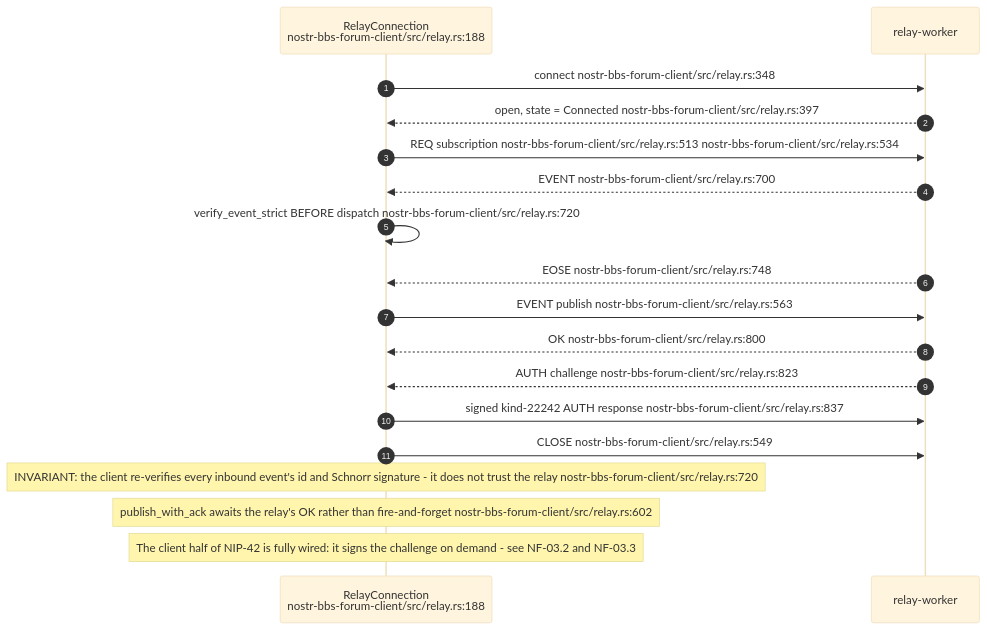
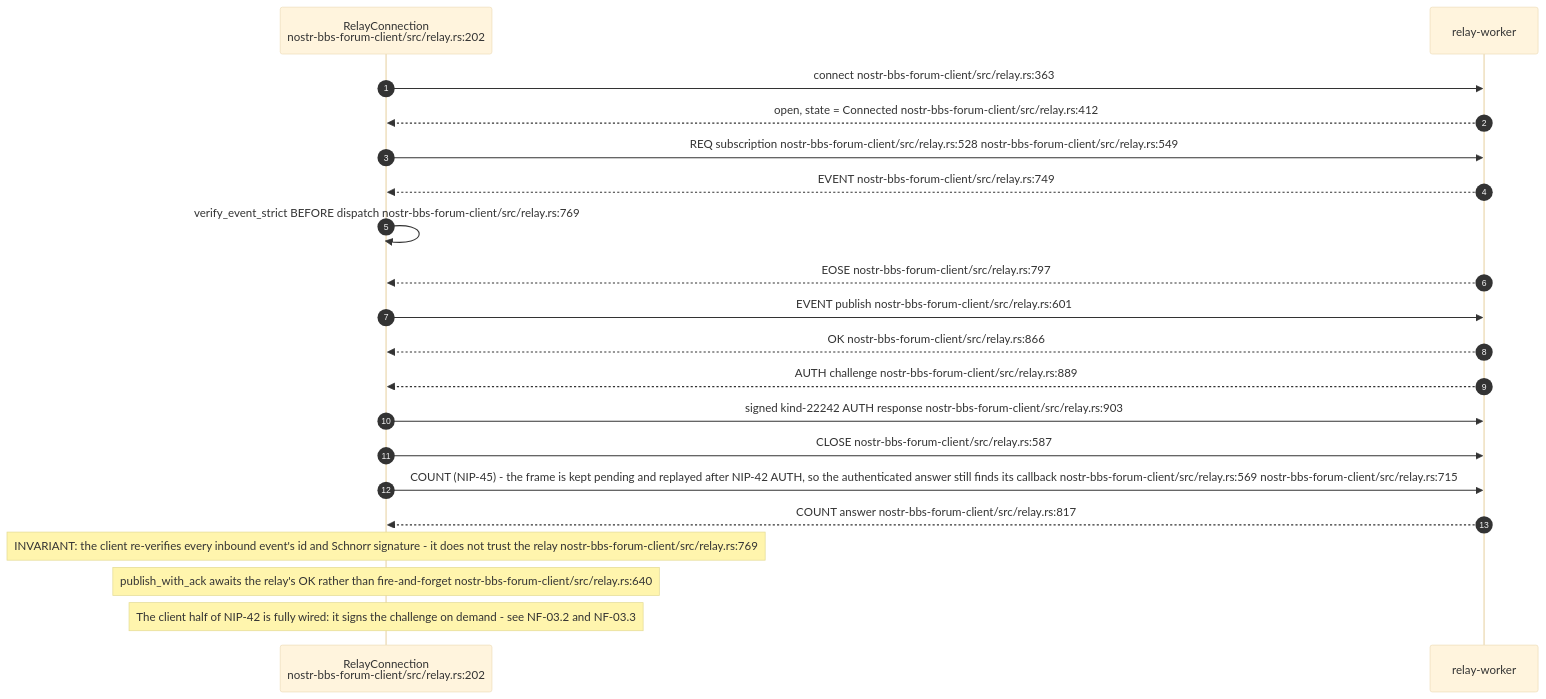
One commit to DreamLab-AI/VisionFlow changed the fifth of 17 diagrams in docs/diagrams/nostr-rust-forum/05-leptos-clients-onboarding-messaging-governance.md. Above: the diagram before and after it, drawn with Mermaid (base theme). The commit also changed other lines of this file and 160 other files, not shown here.

````diff
--- a/docs/diagrams/nostr-rust-forum/05-leptos-clients-onboarding-messaging-governance.md
+++ b/docs/diagrams/nostr-rust-forum/05-leptos-clients-onboarding-messaging-governance.md
@@ -198,22 +202,24 @@
 ```mermaid
 sequenceDiagram
     autonumber
-    participant C as RelayConnection<br/>nostr-bbs-forum-client/src/relay.rs:188
+    participant C as RelayConnection<br/>nostr-bbs-forum-client/src/relay.rs:202
     participant R as relay-worker
 
-    C->>R: connect nostr-bbs-forum-client/src/relay.rs:348
-    R-->>C: open, state = Connected nostr-bbs-forum-client/src/relay.rs:397
-    C->>R: REQ subscription nostr-bbs-forum-client/src/relay.rs:513 nostr-bbs-forum-client/src/relay.rs:534
-    R-->>C: EVENT nostr-bbs-forum-client/src/relay.rs:700
-    C->>C: verify_event_strict BEFORE dispatch nostr-bbs-forum-client/src/relay.rs:720
-    R-->>C: EOSE nostr-bbs-forum-client/src/relay.rs:748
-    C->>R: EVENT publish nostr-bbs-forum-client/src/relay.rs:563
-    R-->>C: OK nostr-bbs-forum-client/src/relay.rs:800
-    R-->>C: AUTH challenge nostr-bbs-forum-client/src/relay.rs:823
-    C->>R: signed kind-22242 AUTH response nostr-bbs-forum-client/src/relay.rs:837
-    C->>R: CLOSE nostr-bbs-forum-client/src/relay.rs:549
+    C->>R: connect nostr-bbs-forum-client/src/relay.rs:363
+    R-->>C: open, state = Connected nostr-bbs-forum-client/src/relay.rs:412
+    C->>R: REQ subscription nostr-bbs-forum-client/src/relay.rs:528 nostr-bbs-forum-client/src/relay.rs:549
+    R-->>C: EVENT nostr-bbs-forum-client/src/relay.rs:749
+    C->>C: verify_event_strict BEFORE dispatch nostr-bbs-forum-client/src/relay.rs:769
+    R-->>C: EOSE nostr-bbs-forum-client/src/relay.rs:797
+    C->>R: EVENT publish nostr-bbs-forum-client/src/relay.rs:601
+    R-->>C: OK nostr-bbs-forum-client/src/relay.rs:866
+    R-->>C: AUTH challenge nostr-bbs-forum-client/src/relay.rs:889
+    C->>R: signed kind-22242 AUTH response nostr-bbs-forum-client/src/relay.rs:903
+    C->>R: CLOSE nostr-bbs-forum-client/src/relay.rs:587
+    C->>R: COUNT (NIP-45) - the frame is kept pending and replayed after NIP-42 AUTH, so the authenticated answer still finds its callback nostr-bbs-forum-client/src/relay.rs:569 nostr-bbs-forum-client/src/relay.rs:715
+    R-->>C: COUNT answer nostr-bbs-forum-client/src/relay.rs:817
 
-    Note over C: INVARIANT: the client re-verifies every inbound event's id and Schnorr signature - it does not trust the relay nostr-bbs-forum-client/src/relay.rs:720
-    Note over C: publish_with_ack awaits the relay's OK rather than fire-and-forget nostr-bbs-forum-client/src/relay.rs:602
+    Note over C: INVARIANT: the client re-verifies every inbound event's id and Schnorr signature - it does not trust the relay nostr-bbs-forum-client/src/relay.rs:769
+    Note over C: publish_with_ack awaits the relay's OK rather than fire-and-forget nostr-bbs-forum-client/src/relay.rs:640
     Note over C: The client half of NIP-42 is fully wired: it signs the challenge on demand - see NF-03.2 and NF-03.3
 ```
````
